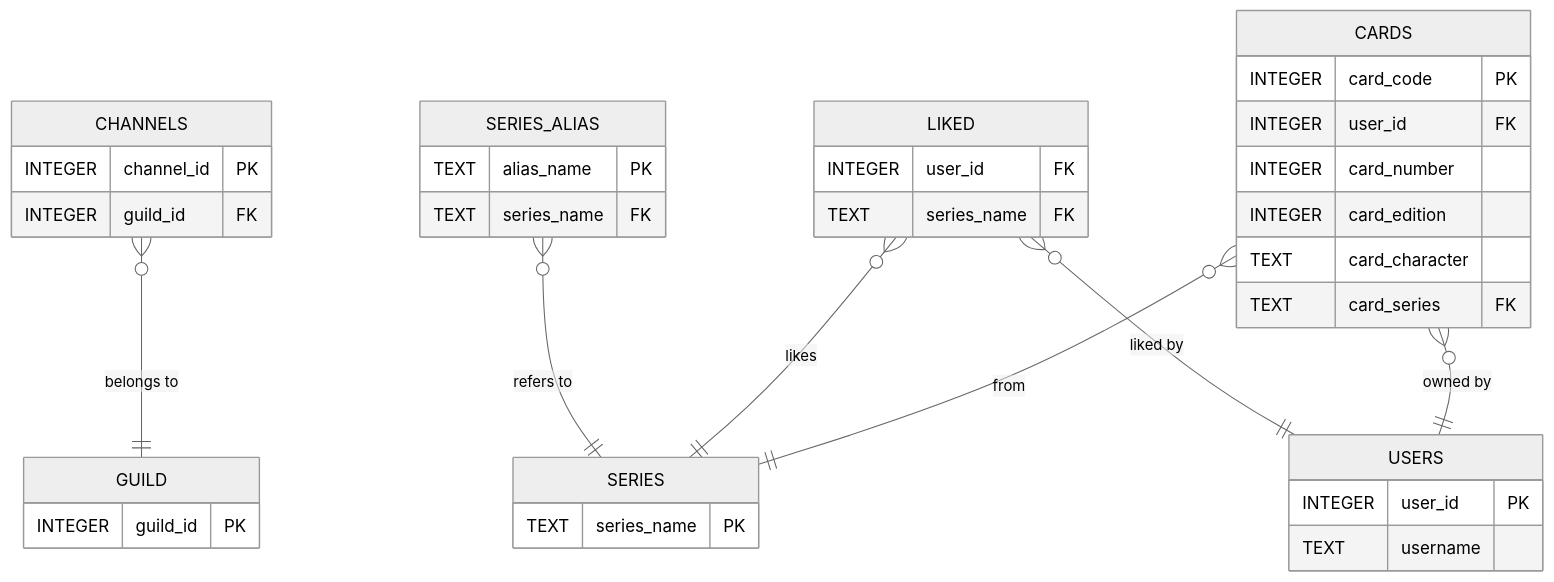
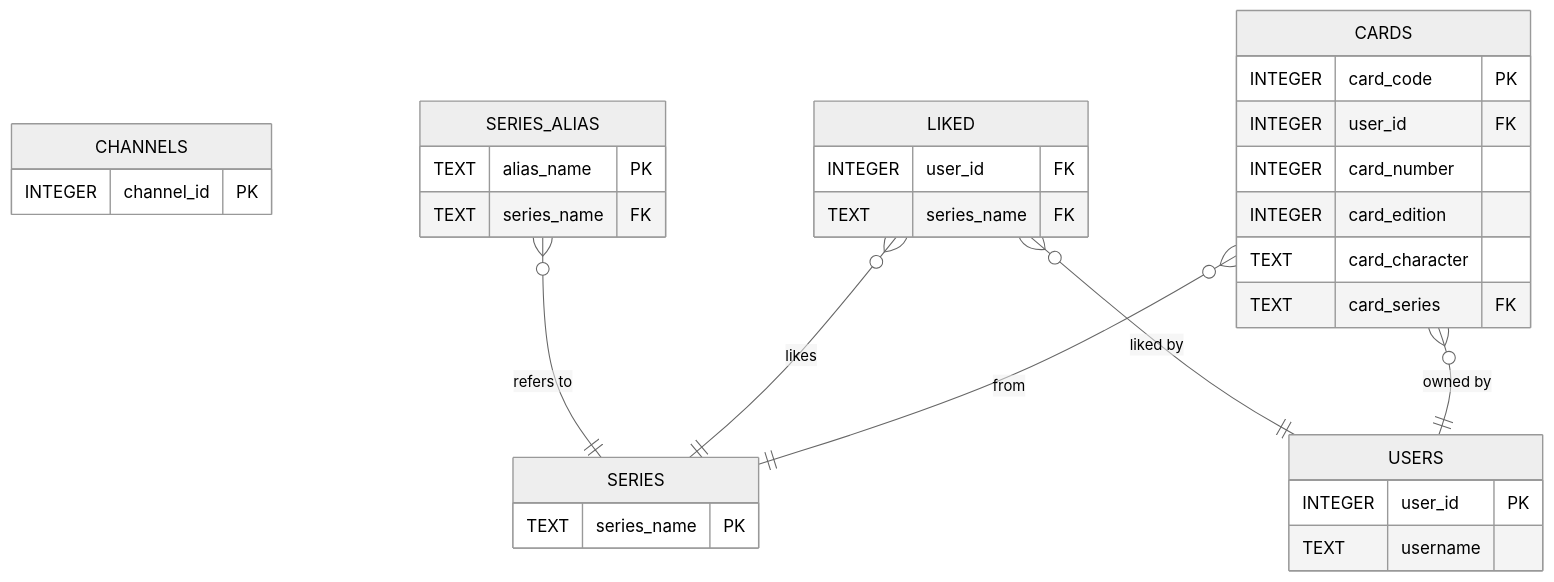
The diagram in database.md (Temmie-sDevs/Temmie), drawn with Mermaid (neutral theme) before and after one commit. The commit also changed other lines of this file, not shown here.

Commit message:
Refactor database diagram: remove guild

````diff
--- a/database.md
+++ b/database.md
@@ -3,47 +3,42 @@
 ```mermaid
 
 erDiagram
-    GUILD {
-        INTEGER guild_id PK
-    }
 
     CHANNELS {
         INTEGER channel_id PK
-        INTEGER guild_id FK
     }
 
     SERIES {
         TEXT series_name PK
     }
 
     SERIES_ALIAS {
         TEXT alias_name PK
         TEXT series_name FK
     }
 
     USERS {
         INTEGER user_id PK
         TEXT username
     }
 
     LIKED {
         INTEGER user_id FK
         TEXT series_name FK
     }
 
     CARDS {
         INTEGER card_code PK
         INTEGER user_id FK
         INTEGER card_number
         INTEGER card_edition
         TEXT card_character
         TEXT card_series FK
     }
 
-    CHANNELS }o--|| GUILD : "belongs to"
     SERIES_ALIAS }o--|| SERIES : "refers to"
     LIKED }o--|| USERS : "liked by"
     LIKED }o--|| SERIES : "likes"
     CARDS }o--|| USERS : "owned by"
     CARDS }o--|| SERIES : "from"
 ```
````
